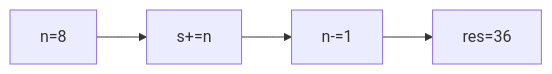
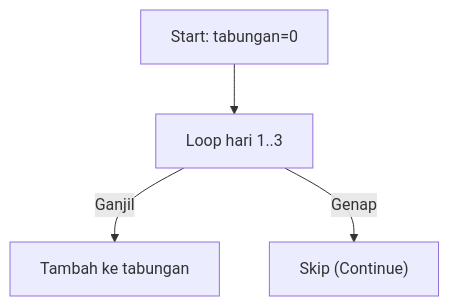
Diagram 14 of 25 in part-c-pemahaman-cpp/03-perulangan/latihan/set-06.md (amnahwaida/OSNK_INF_PREP), drawn with Mermaid before and after one commit. The commit also changed other lines of this file and 71 other files, not shown here.

````diff
--- a/part-c-pemahaman-cpp/03-perulangan/latihan/set-06.md
+++ b/part-c-pemahaman-cpp/03-perulangan/latihan/set-06.md
@@ -372,6 +440,6 @@
 ```mermaid
-graph LR
-A["n=8"] --> B["s+=n"]
-B --> C["n-=1"]
-C --> D["res=36"]
+graph TD
+A["Start: tabungan=0"] --> B["Loop hari 1..3"]
+B -- Ganjil --> C["Tambah ke tabungan"]
+B -- Genap --> D["Skip (Continue)"]
 ```
````
